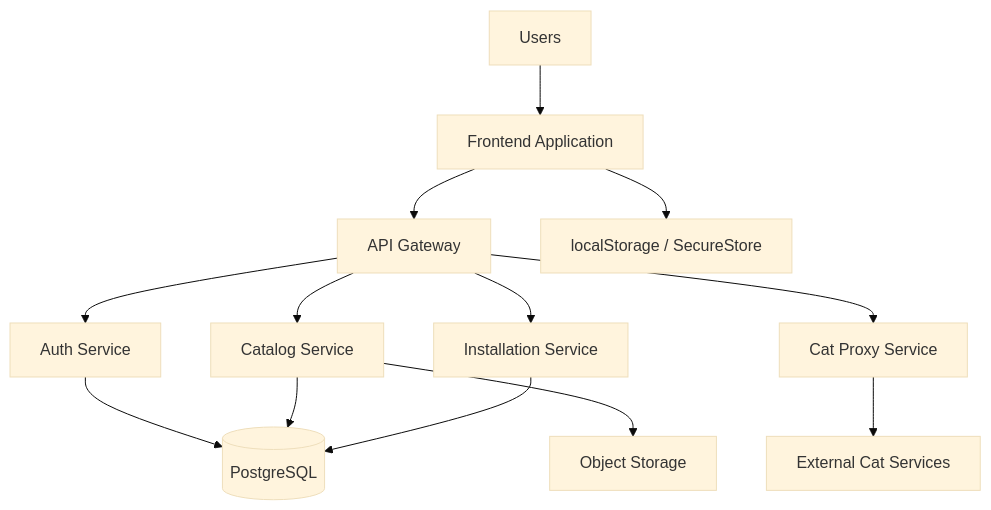
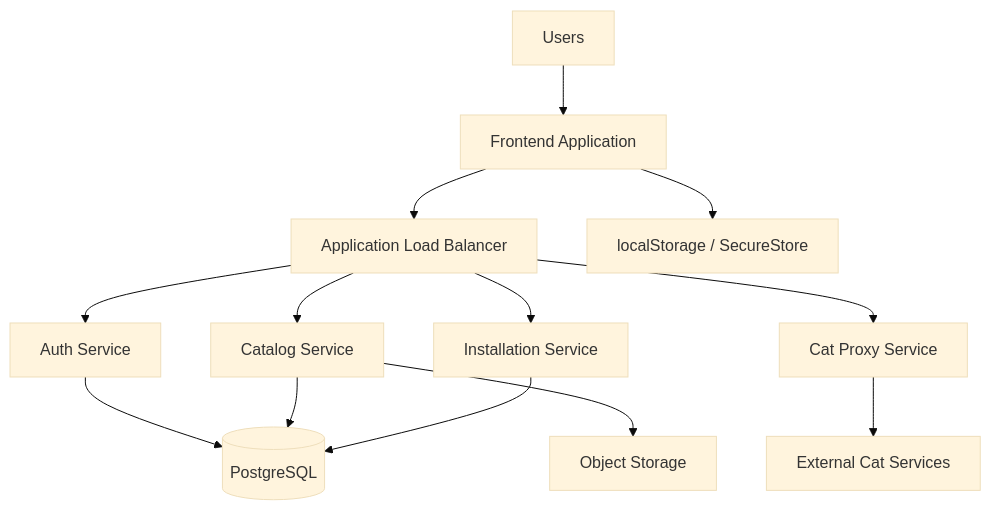
The diagram in docs/cat-house/prd/architecture.md (juliangdeveloper/cat-house), drawn with Mermaid (base theme) before and after one commit. The commit also changed other lines of this file and 4 other files, not shown here.

Commit message:
fix: Update deployment guide, architecture, and PRD with latest changes and completion dates

````diff
--- a/docs/cat-house/prd/architecture.md
+++ b/docs/cat-house/prd/architecture.md
@@ -15,17 +15,17 @@
 ```mermaid
 graph TB
     Users[Users] --> FE[Frontend Application]
-    FE --> Gateway[API Gateway]
-    Gateway --> Auth[Auth Service]
-    Gateway --> Catalog[Catalog Service]
-    Gateway --> Install[Installation Service]
-    Gateway --> Proxy[Cat Proxy Service]
+    FE --> ALB[Application Load Balancer]
+    ALB --> Auth[Auth Service]
+    ALB --> Catalog[Catalog Service]
+    ALB --> Install[Installation Service]
+    ALB --> Proxy[Cat Proxy Service]
     
     Auth --> DB[(PostgreSQL)]
     Catalog --> DB
     Catalog --> S3[Object Storage]
     Install --> DB
     Proxy --> CatServices[External Cat Services]
     
     FE --> LocalStore[localStorage / SecureStore]
 ```
````
